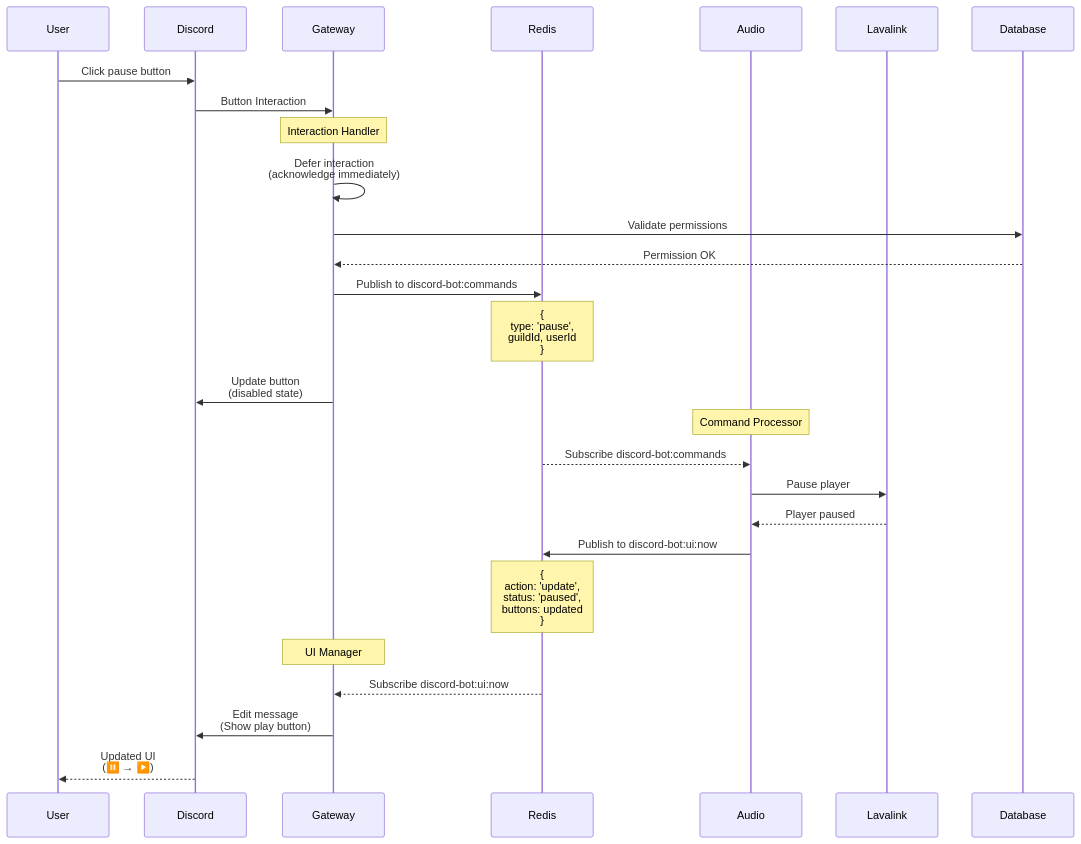
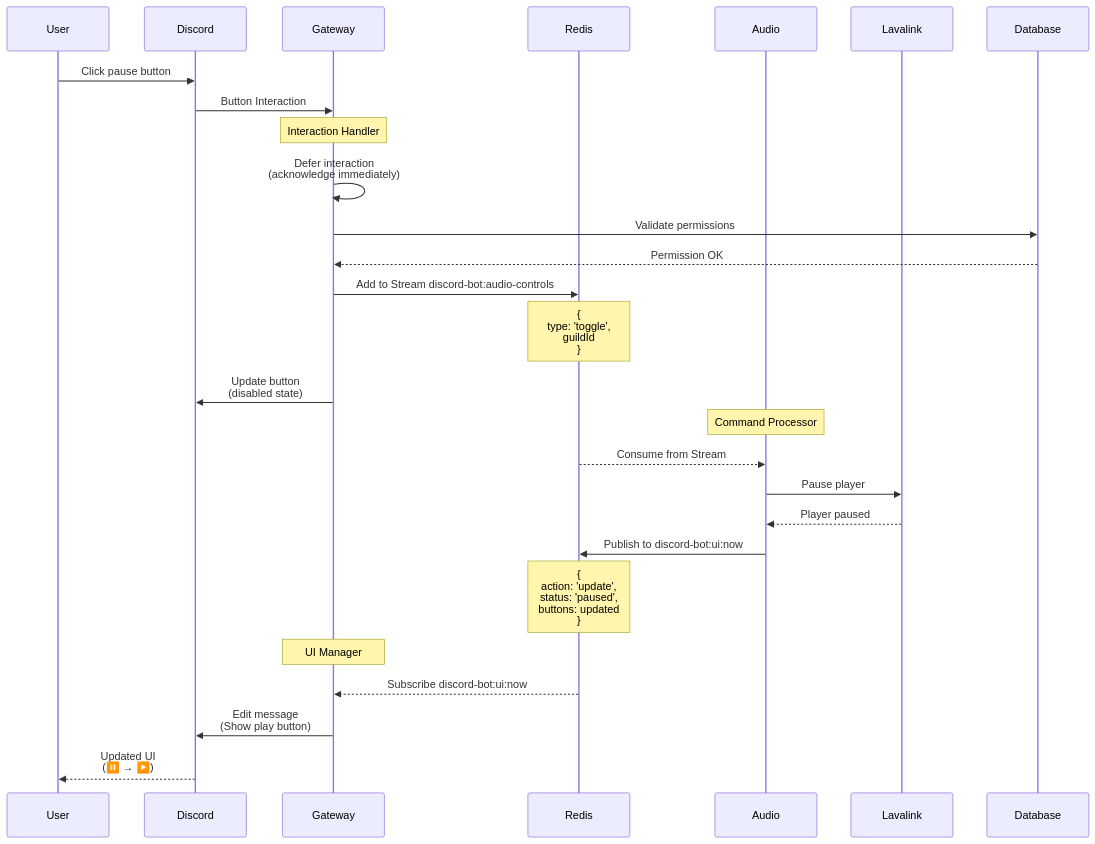
The third of 7 diagrams in docs/architecture/diagrams/data-flow.md (Lucascis/discord_bot), drawn with Mermaid before and after one commit. The commit also changed other lines of this file and 135 other files, not shown here.

First line of the commit message:
Stabilize platform modules and remove commercial plan flows

````diff
--- a/docs/architecture/diagrams/data-flow.md
+++ b/docs/architecture/diagrams/data-flow.md
@@ -150,39 +150,39 @@
 ```mermaid
 sequenceDiagram
     participant User
     participant Discord
     participant Gateway
     participant Redis
     participant Audio
     participant Lavalink
 
     User->>Discord: Click pause button
     Discord->>Gateway: Button Interaction
 
     Note over Gateway: Interaction Handler
 
     Gateway->>Gateway: Defer interaction<br/>(acknowledge immediately)
     Gateway->>Database: Validate permissions
     Database-->>Gateway: Permission OK
 
-    Gateway->>Redis: Publish to discord-bot:commands
-    Note over Redis: {<br/>type: 'pause',<br/>guildId, userId<br/>}
+    Gateway->>Redis: Add to Stream discord-bot:audio-controls
+    Note over Redis: {<br/>type: 'toggle',<br/>guildId<br/>}
 
     Gateway->>Discord: Update button<br/>(disabled state)
 
     Note over Audio: Command Processor
 
-    Redis-->>Audio: Subscribe discord-bot:commands
+    Redis-->>Audio: Consume from Stream
     Audio->>Lavalink: Pause player
     Lavalink-->>Audio: Player paused
 
     Audio->>Redis: Publish to discord-bot:ui:now
     Note over Redis: {<br/>action: 'update',<br/>status: 'paused',<br/>buttons: updated<br/>}
 
     Note over Gateway: UI Manager
 
     Redis-->>Gateway: Subscribe discord-bot:ui:now
     Gateway->>Discord: Edit message<br/>(Show play button)
 
     Discord-->>User: Updated UI<br/>(⏸️ → ▶️)
 ```
````
